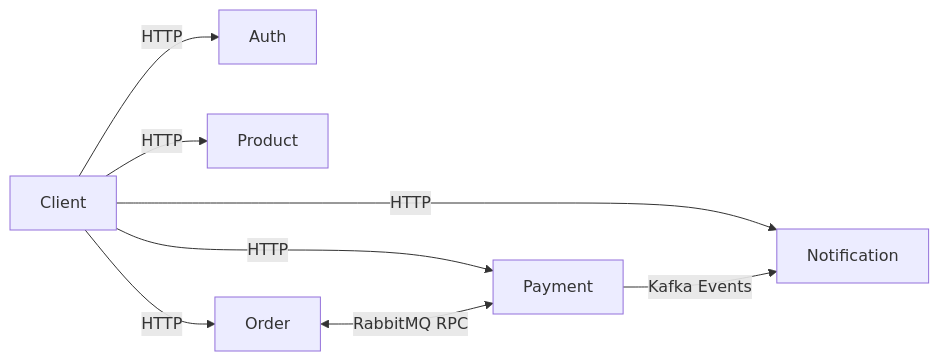
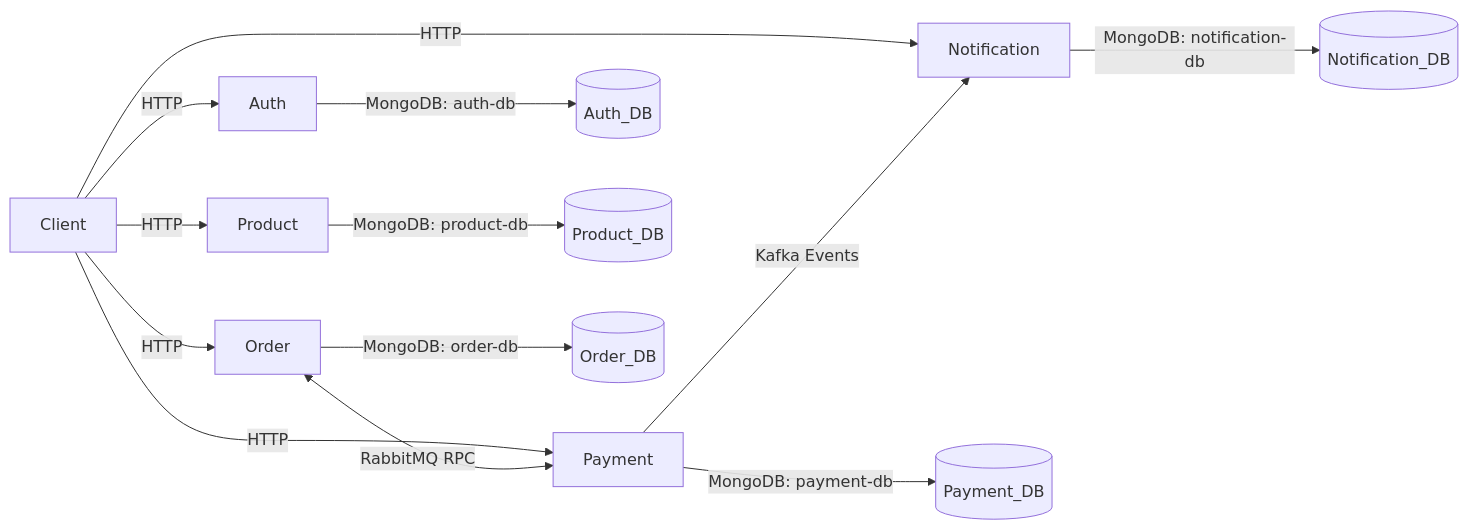
Before and after one commit to mohamed-osamaaa/orderProcessingSystem_Microservices: the diagram in README.md, drawn with Mermaid. The commit also changed other lines of this file, not shown here.

````diff
--- a/README.md
+++ b/README.md
@@ -27,11 +28,17 @@
 ```mermaid
 flowchart LR
   Client --HTTP--> Auth
   Client --HTTP--> Product
   Client --HTTP--> Order
   Client --HTTP--> Payment
   Client --HTTP--> Notification
 
   Order <-- RabbitMQ RPC --> Payment
   Payment -- Kafka Events --> Notification
+
+  Auth -->|MongoDB: auth-db| DB1[(Auth_DB)]
+  Product -->|MongoDB: product-db| DB2[(Product_DB)]
+  Order -->|MongoDB: order-db| DB3[(Order_DB)]
+  Payment -->|MongoDB: payment-db| DB4[(Payment_DB)]
+  Notification -->|MongoDB: notification-db| DB5[(Notification_DB)]
 ```
````
